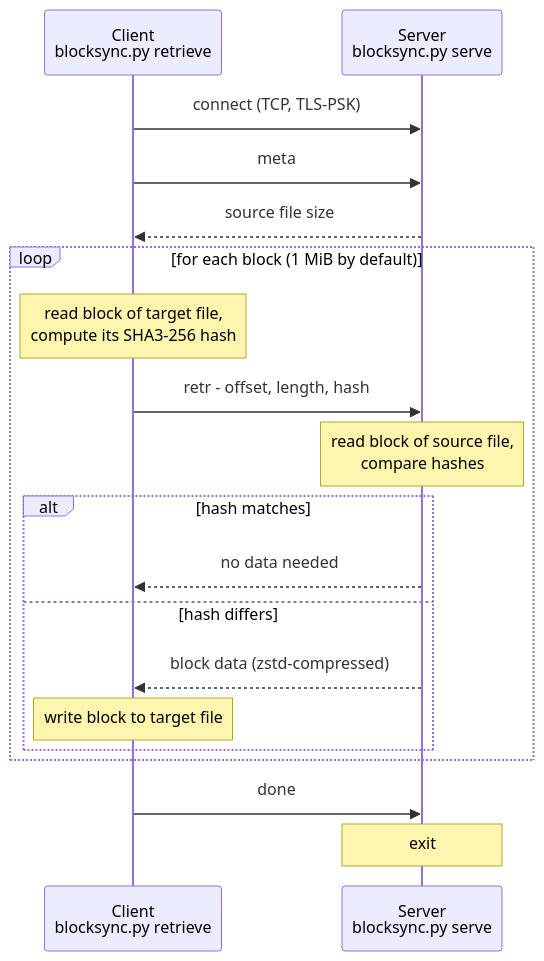
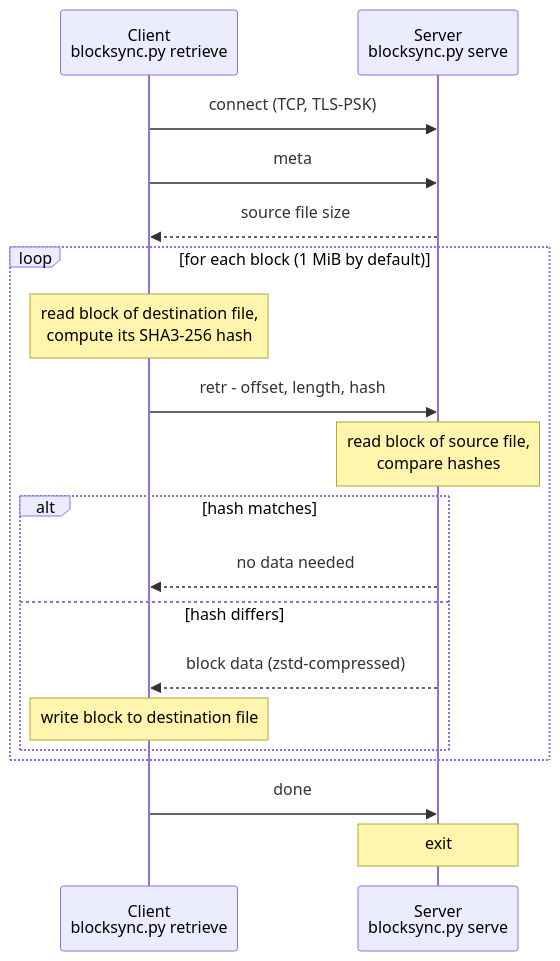
One commit to messa/blocksync changed the second of 2 diagrams in README.md. Above: the diagram before and after it, drawn with Mermaid. The commit also changed other lines of this file and 3 other files, not shown here.

First line of the commit message:
Rename target to destination, --target-file to --dst-file

````diff
--- a/README.md
+++ b/README.md
@@ -234,21 +234,21 @@
 ```mermaid
 sequenceDiagram
     participant T as Client<br/>blocksync.py retrieve
     participant S as Server<br/>blocksync.py serve
     T->>S: connect (TCP, TLS-PSK)
     T->>S: meta
     S-->>T: source file size
     loop for each block (1 MiB by default)
-        Note over T: read block of target file,<br/>compute its SHA3-256 hash
+        Note over T: read block of destination file,<br/>compute its SHA3-256 hash
         T->>S: retr - offset, length, hash
         Note over S: read block of source file,<br/>compare hashes
         alt hash matches
             S-->>T: no data needed
         else hash differs
             S-->>T: block data (zstd-compressed)
-            Note over T: write block to target file
+            Note over T: write block to destination file
         end
     end
     T->>S: done
     Note over S: exit
 ```
````
